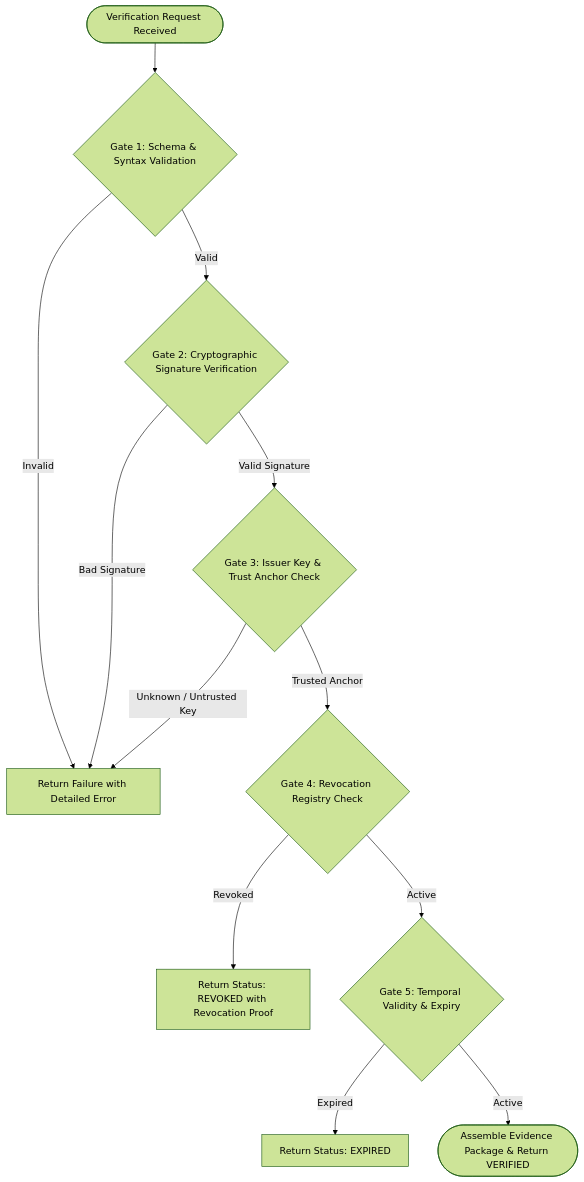
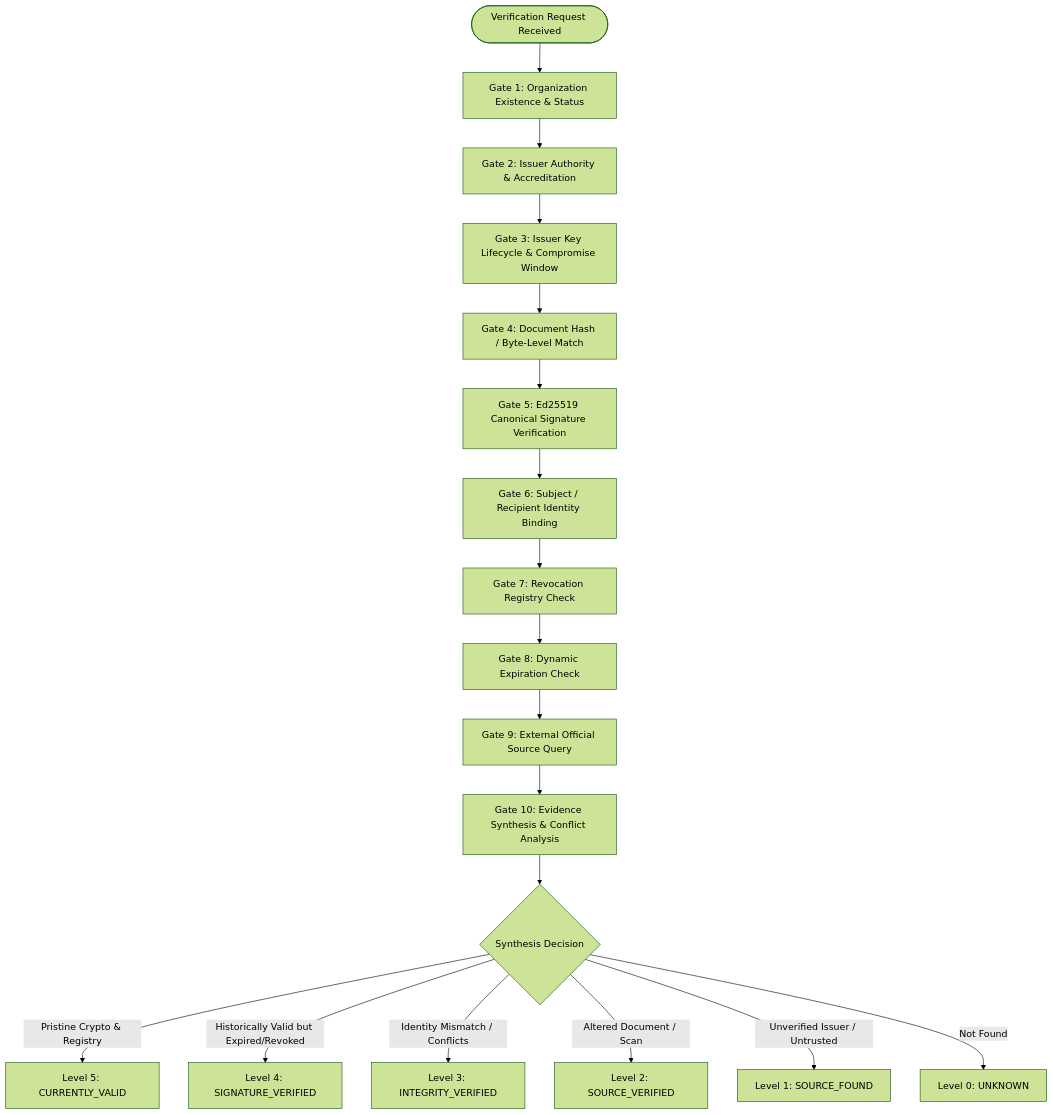
Before and after one commit to Akshay-22112005/SecureWork_verify_2.0: the diagram in docs/VERIFICATION.md, drawn with Mermaid (forest theme). The commit also changed other lines of this file and 15 other files, not shown here.

````diff
--- a/docs/VERIFICATION.md
+++ b/docs/VERIFICATION.md
@@ -7,18 +7,21 @@
 ```mermaid
 flowchart TD
-    Start([Verification Request Received]) --> Gate1{Gate 1: Schema & Syntax Validation}
-    Gate1 -- Invalid --> Fail[Return Failure with Detailed Error]
-    Gate1 -- Valid --> Gate2{Gate 2: Cryptographic Signature Verification}
+    Start([Verification Request Received]) --> Gate1[Gate 1: Organization Existence & Status]
+    Gate1 --> Gate2[Gate 2: Issuer Authority & Accreditation]
+    Gate2 --> Gate3[Gate 3: Issuer Key Lifecycle & Compromise Window]
+    Gate3 --> Gate4[Gate 4: Document Hash / Byte-Level Match]
+    Gate4 --> Gate5[Gate 5: Ed25519 Canonical Signature Verification]
+    Gate5 --> Gate6[Gate 6: Subject / Recipient Identity Binding]
+    Gate6 --> Gate7[Gate 7: Revocation Registry Check]
+    Gate7 --> Gate8[Gate 8: Dynamic Expiration Check]
+    Gate8 --> Gate9[Gate 9: External Official Source Query]
+    Gate9 --> Gate10[Gate 10: Evidence Synthesis & Conflict Analysis]
+    Gate10 --> Outcome{Synthesis Decision}
 
-    Gate2 -- Bad Signature --> Fail
-    Gate2 -- Valid Signature --> Gate3{Gate 3: Issuer Key & Trust Anchor Check}
-
-    Gate3 -- Unknown / Untrusted Key --> Fail
-    Gate3 -- Trusted Anchor --> Gate4{Gate 4: Revocation Registry Check}
-
-    Gate4 -- Revoked --> FailRevoked[Return Status: REVOKED with Revocation Proof]
-    Gate4 -- Active --> Gate5{Gate 5: Temporal Validity & Expiry}
-
-    Gate5 -- Expired --> FailExpired[Return Status: EXPIRED]
-    Gate5 -- Active --> Success([Assemble Evidence Package & Return VERIFIED])
+    Outcome -- Pristine Crypto & Registry --> L5[Level 5: CURRENTLY_VALID]
+    Outcome -- Historically Valid but Expired/Revoked --> L4[Level 4: SIGNATURE_VERIFIED]
+    Outcome -- Identity Mismatch / Conflicts --> L3[Level 3: INTEGRITY_VERIFIED]
+    Outcome -- Altered Document / Scan --> L2[Level 2: SOURCE_VERIFIED]
+    Outcome -- Unverified Issuer / Untrusted --> L1[Level 1: SOURCE_FOUND]
+    Outcome -- Not Found --> L0[Level 0: UNKNOWN]
 ```
````
